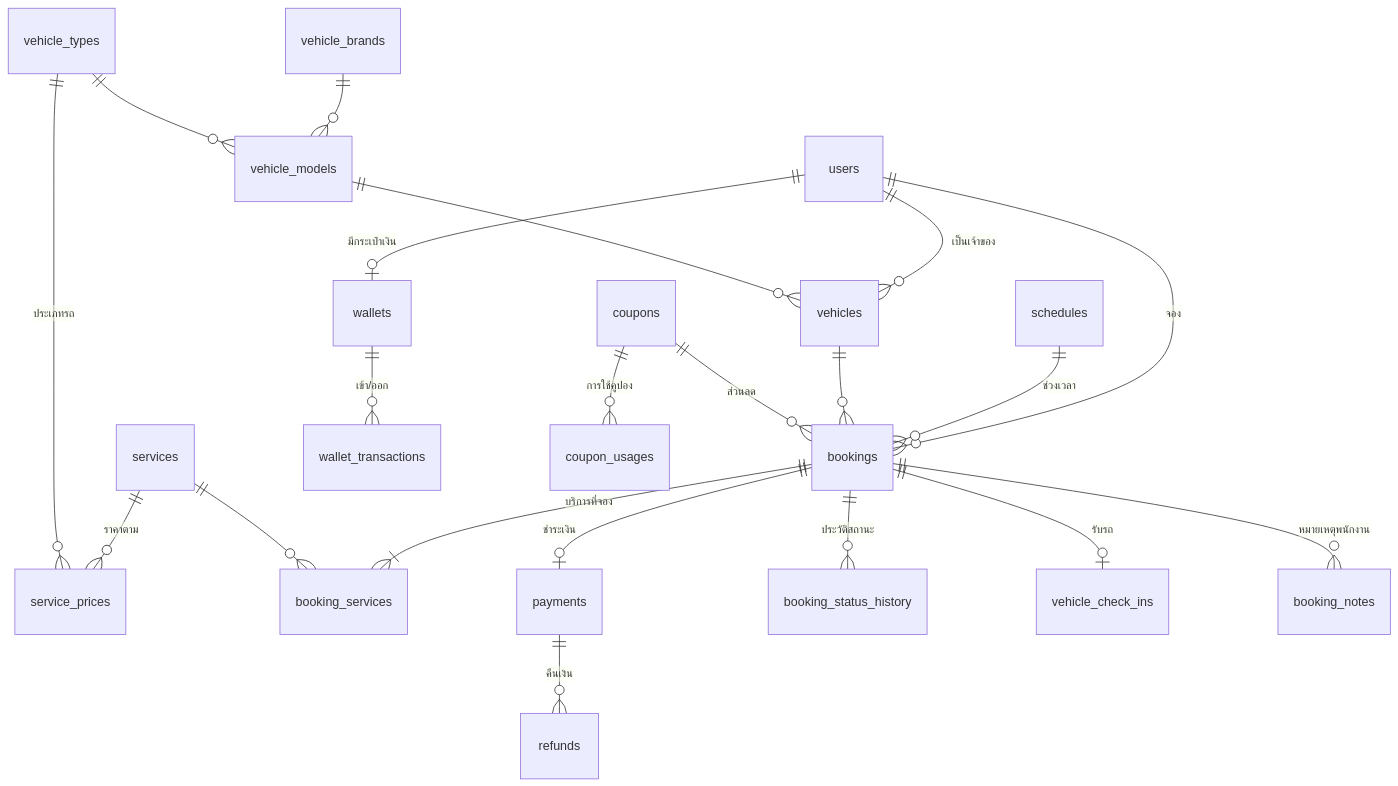
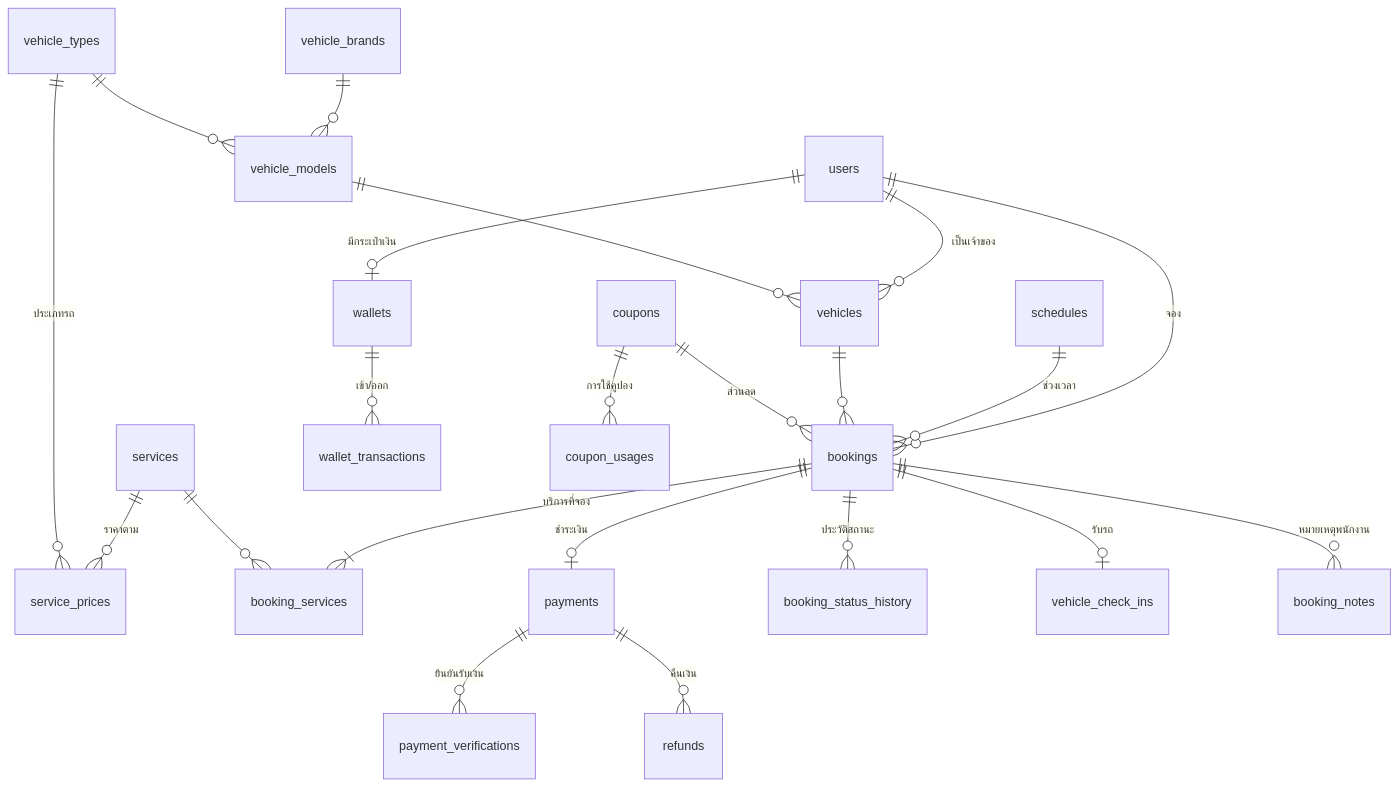
One commit to chetakit/Car-care changed the third of 3 diagrams in README.md. Above: the diagram before and after it, drawn with Mermaid. The commit also changed other lines of this file and 1 other file, not shown here.

````diff
--- a/README.md
+++ b/README.md
@@ -232,23 +244,24 @@
 ```mermaid
 erDiagram
   users ||--o{ vehicles : "เป็นเจ้าของ"
   users ||--o{ bookings : "จอง"
   users ||--o| wallets : "มีกระเป๋าเงิน"
   vehicle_brands ||--o{ vehicle_models : ""
   vehicle_types ||--o{ vehicle_models : ""
   vehicle_models ||--o{ vehicles : ""
   services ||--o{ service_prices : "ราคาตาม"
   vehicle_types ||--o{ service_prices : "ประเภทรถ"
   schedules ||--o{ bookings : "ช่วงเวลา"
   vehicles ||--o{ bookings : ""
   coupons ||--o{ bookings : "ส่วนลด"
   bookings ||--|{ booking_services : "บริการที่จอง"
   services ||--o{ booking_services : ""
   bookings ||--o| payments : "ชำระเงิน"
+  payments ||--o{ payment_verifications : "ยืนยันรับเงิน"
   payments ||--o{ refunds : "คืนเงิน"
   wallets ||--o{ wallet_transactions : "เข้า/ออก"
   bookings ||--o{ booking_status_history : "ประวัติสถานะ"
   bookings ||--o| vehicle_check_ins : "รับรถ"
   bookings ||--o{ booking_notes : "หมายเหตุพนักงาน"
   coupons ||--o{ coupon_usages : "การใช้คูปอง"
 ```
````
